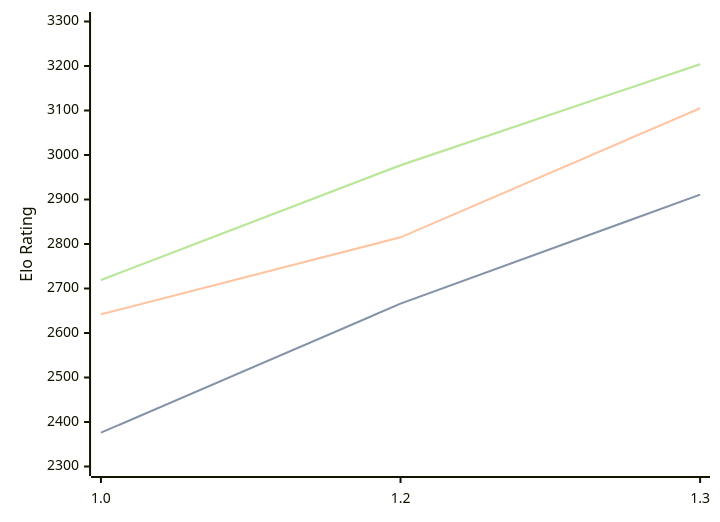
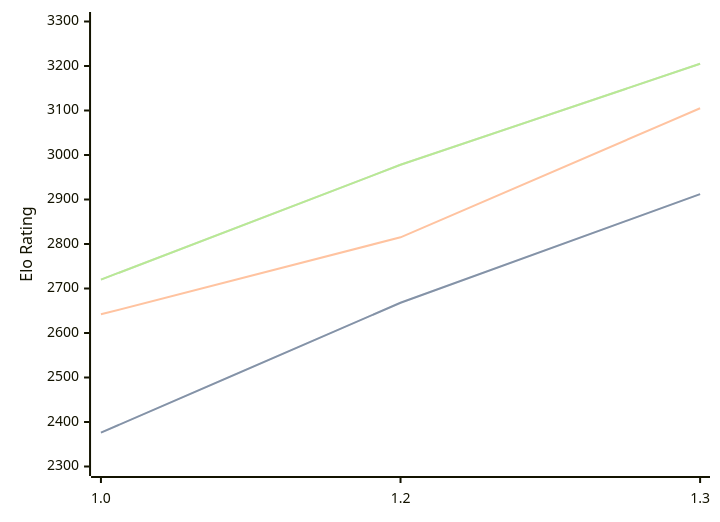
One commit to computer-chess-index/cci changed the diagram in engines/Chessnix.md. Above: the diagram before and after it, drawn with Mermaid. The commit also changed other lines of this file, not shown here.

Commit message:
Update CCI Ratings (ELO VLTC) - 2026-03-14

````diff
--- a/engines/Chessnix.md
+++ b/engines/Chessnix.md
@@ -33,11 +33,11 @@
 ```mermaid
 %%{init: {"theme":"base","themeVariables":{"seriesColors:['#a3a3a3','#222221','#faa371']}}}%%
 xychart-beta
   x-axis ["1.0", "1.2", "1.3"]
   y-axis "Elo Rating" 2300 --> 3300
-  line "STC (8.0+0.08s)" [2376, 2666, 2911]
-  line "STC (8.0+0.08s)" [2376, 2666, 2911]
+  line "STC (8.0+0.08s)" [2376, 2668, 2912]
+  line "STC (8.0+0.08s)" [2376, 2668, 2912]
   line "LTC (60.0+0.60s)" [2642, 2815, 3105]
-  line "VLTC (2m24s+1.12s)" [2719, 2977, 3204]
-  line "VLTC (2m24s+1.12s)" [2719, 2977, 3204]
+  line "VLTC (2m24s+1.12s)" [2720, 2978, 3205]
+  line "VLTC (2m24s+1.12s)" [2720, 2978, 3205]
 ```
````
